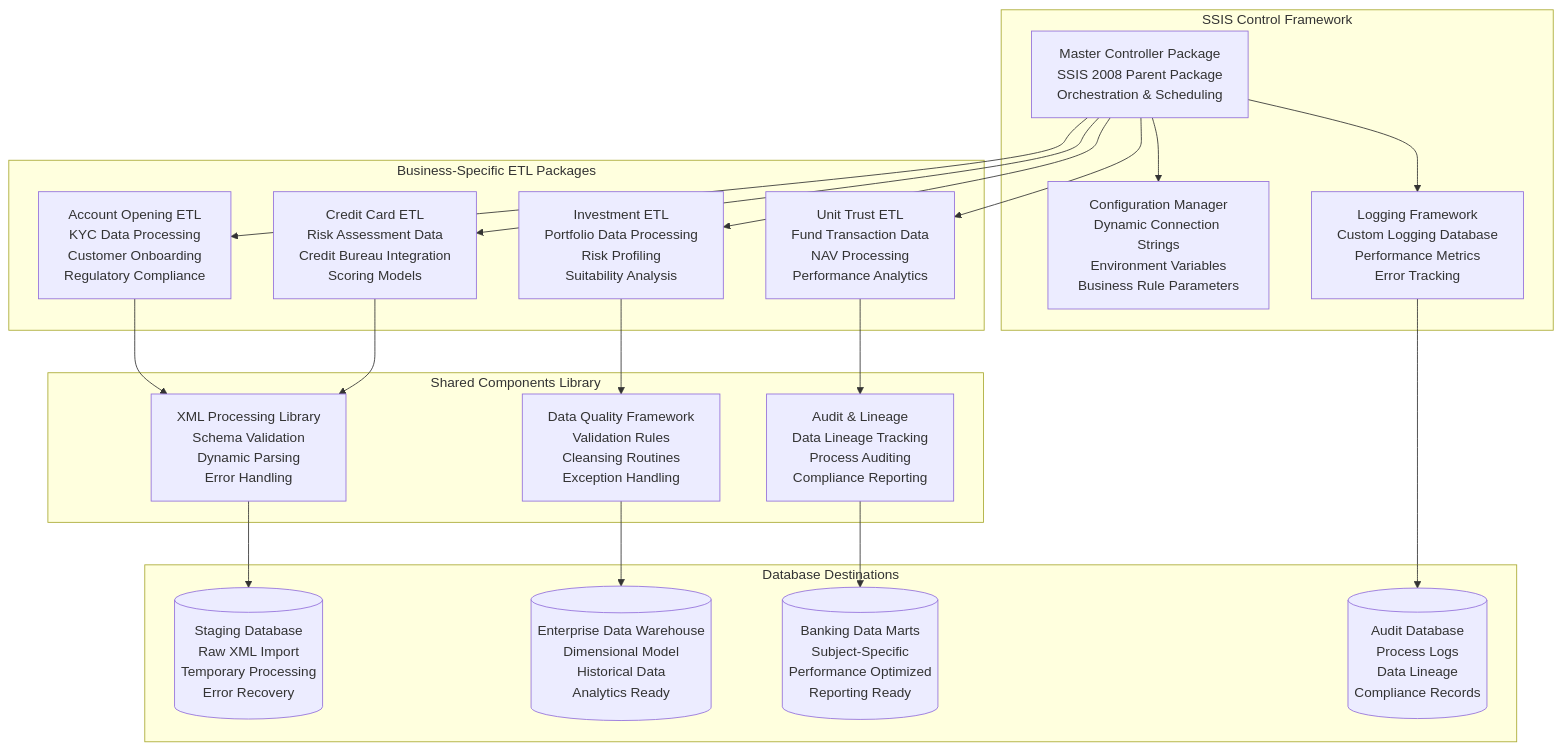
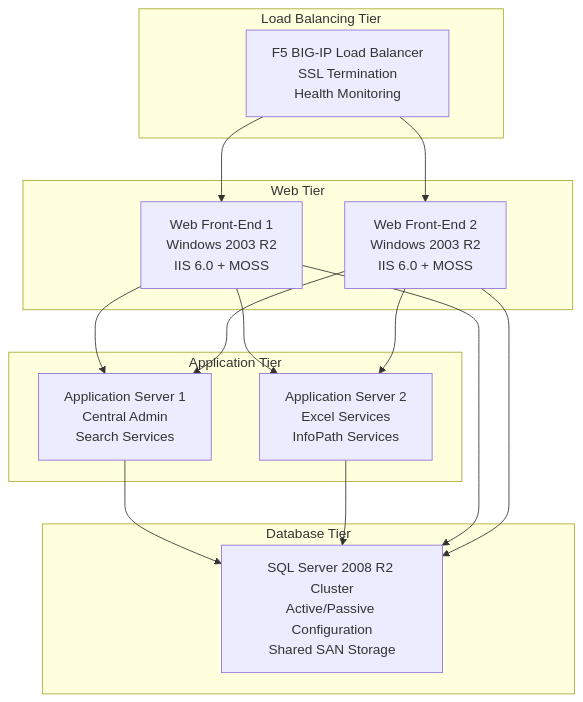
Before and after one commit to dwdas9/home: the third of 7 diagrams in docs/index.md, drawn with Mermaid. The commit also changed other lines of this file, not shown here.

````diff
--- a/docs/index.md
+++ b/docs/index.md
@@ -625,46 +773,31 @@
         ```mermaid
         graph TB
-            subgraph "SSIS Control Framework"
-                MasterController[Master Controller Package<br/>SSIS 2008 Parent Package<br/>Orchestration & Scheduling]
-                ConfigManager[Configuration Manager<br/>Dynamic Connection Strings<br/>Environment Variables<br/>Business Rule Parameters]
-                LogManager[Logging Framework<br/>Custom Logging Database<br/>Performance Metrics<br/>Error Tracking]
+            subgraph "Load Balancing Tier"
+                F5[F5 BIG-IP Load Balancer<br/>SSL Termination<br/>Health Monitoring]
             end
             
-            subgraph "Business-Specific ETL Packages"
-                AccountETL[Account Opening ETL<br/>KYC Data Processing<br/>Customer Onboarding<br/>Regulatory Compliance]
-                CreditETL[Credit Card ETL<br/>Risk Assessment Data<br/>Credit Bureau Integration<br/>Scoring Models]
-                InvestmentETL[Investment ETL<br/>Portfolio Data Processing<br/>Risk Profiling<br/>Suitability Analysis]
-                UnitTrustETL[Unit Trust ETL<br/>Fund Transaction Data<br/>NAV Processing<br/>Performance Analytics]
+            subgraph "Web Tier"
+                WFE1[Web Front-End 1<br/>Windows 2003 R2<br/>IIS 6.0 + MOSS]
+                WFE2[Web Front-End 2<br/>Windows 2003 R2<br/>IIS 6.0 + MOSS]
             end
             
-            subgraph "Shared Components Library"
-                XMLParser[XML Processing Library<br/>Schema Validation<br/>Dynamic Parsing<br/>Error Handling]
-                DataQuality[Data Quality Framework<br/>Validation Rules<br/>Cleansing Routines<br/>Exception Handling]
-                AuditFramework[Audit & Lineage<br/>Data Lineage Tracking<br/>Process Auditing<br/>Compliance Reporting]
+            subgraph "Application Tier"
+                APP1[Application Server 1<br/>Central Admin<br/>Search Services]
+                APP2[Application Server 2<br/>Excel Services<br/>InfoPath Services]
             end
             
-            subgraph "Database Destinations"
-                StagingArea[(Staging Database<br/>Raw XML Import<br/>Temporary Processing<br/>Error Recovery)]
-                DataWarehouse[(Enterprise Data Warehouse<br/>Dimensional Model<br/>Historical Data<br/>Analytics Ready)]
-                DataMart[(Banking Data Marts<br/>Subject-Specific<br/>Performance Optimized<br/>Reporting Ready)]
-                AuditDB[(Audit Database<br/>Process Logs<br/>Data Lineage<br/>Compliance Records)]
+            subgraph "Database Tier"
+                SQL_CLUSTER[SQL Server 2008 R2 Cluster<br/>Active/Passive Configuration<br/>Shared SAN Storage]
             end
             
-            MasterController --> ConfigManager
-            MasterController --> LogManager
-            
-            MasterController --> AccountETL
-            MasterController --> CreditETL
-            MasterController --> InvestmentETL
-            MasterController --> UnitTrustETL
-            
-            AccountETL --> XMLParser
-            CreditETL --> XMLParser
-            InvestmentETL --> DataQuality
-            UnitTrustETL --> AuditFramework
-            
-            XMLParser --> StagingArea
-            DataQuality --> DataWarehouse
-            AuditFramework --> DataMart
-            LogManager --> AuditDB
+            F5 --> WFE1
+            F5 --> WFE2
+            WFE1 --> APP1
+            WFE1 --> APP2
+            WFE2 --> APP1
+            WFE2 --> APP2
+            APP1 --> SQL_CLUSTER
+            APP2 --> SQL_CLUSTER
+            WFE1 --> SQL_CLUSTER
+            WFE2 --> SQL_CLUSTER
         ```
````
